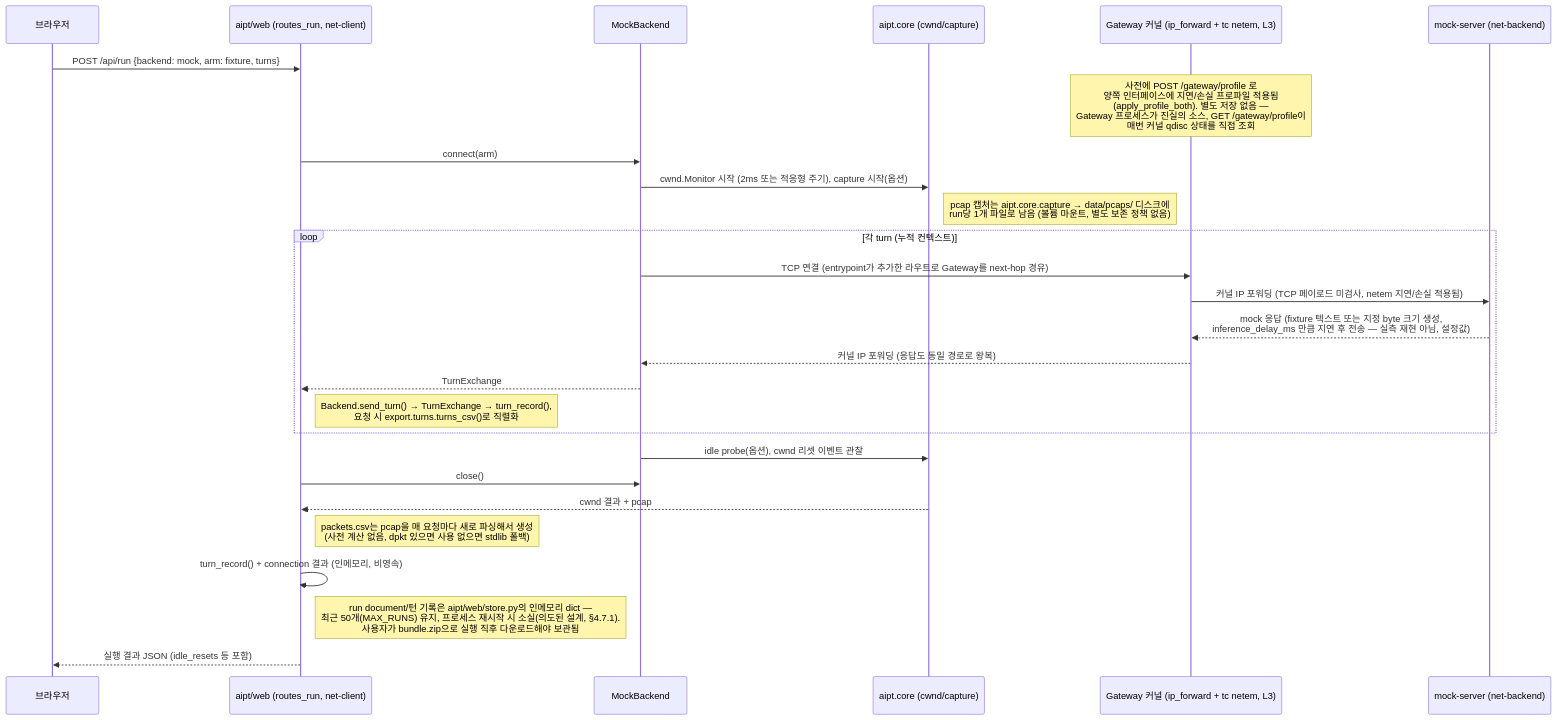
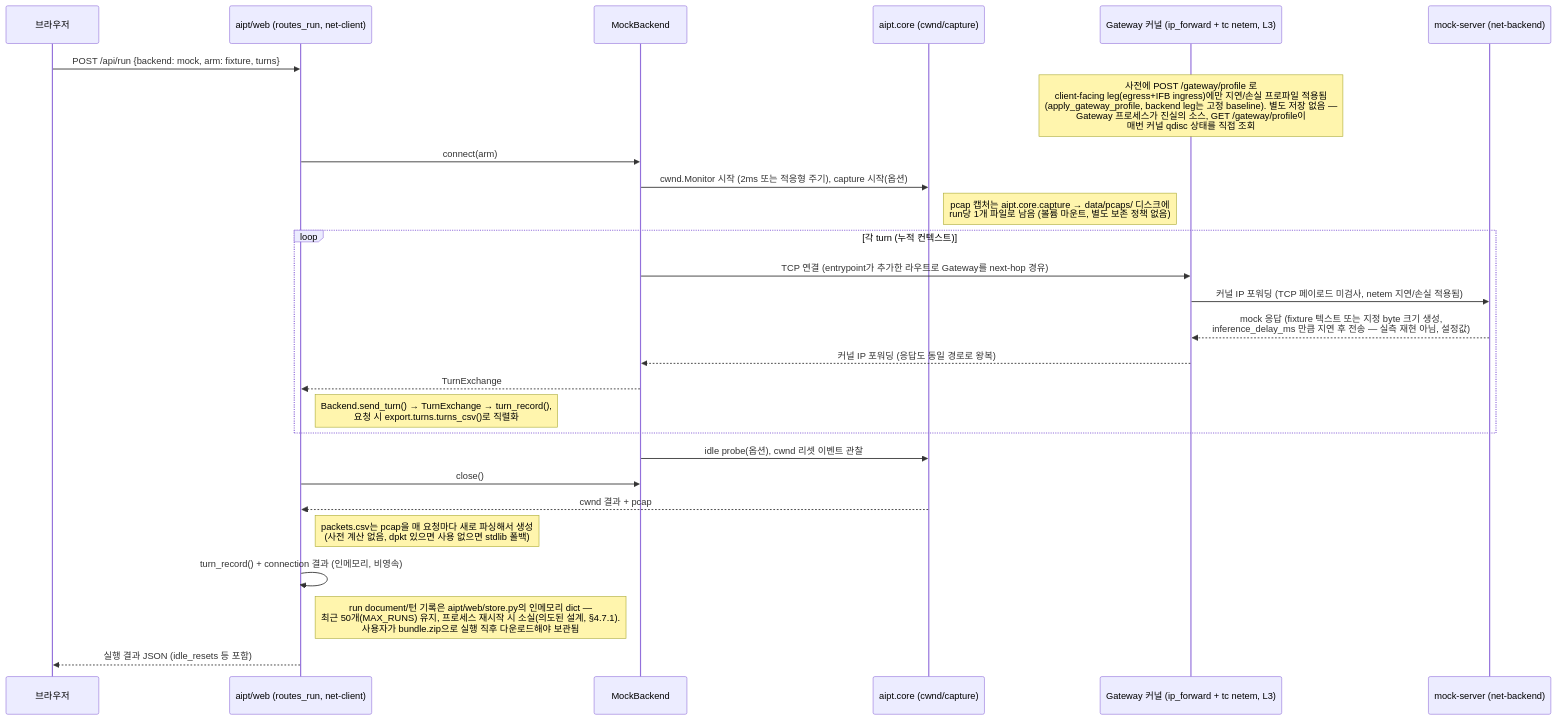
The fourth of 5 diagrams in AIPT/ARCHITECTURE.md (sangrokhan/remote_work), drawn with Mermaid before and after one commit. The commit also changed other lines of this file and 8 other files, not shown here.

````diff
--- a/AIPT/ARCHITECTURE.md
+++ b/AIPT/ARCHITECTURE.md
@@ -348,31 +349,31 @@
 ```mermaid
 %%{init: {'themeVariables': {'fontSize': '18px'}, 'sequence': {'actorFontSize': 16, 'messageFontSize': 16, 'noteFontSize': 15, 'width': 160}}}%%
 sequenceDiagram
     participant U as 브라우저
     participant W as aipt/web (routes_run, net-client)
     participant B as MockBackend
     participant Core as aipt.core (cwnd/capture)
     participant K as Gateway 커널 (ip_forward + tc netem, L3)
     participant M as mock-server (net-backend)
 
     U->>W: POST /api/run {backend: mock, arm: fixture, turns}
-    Note over K: 사전에 POST /gateway/profile 로<br/>양쪽 인터페이스에 지연/손실 프로파일 적용됨<br/>(apply_profile_both). 별도 저장 없음 —<br/>Gateway 프로세스가 진실의 소스, GET /gateway/profile이<br/>매번 커널 qdisc 상태를 직접 조회
+    Note over K: 사전에 POST /gateway/profile 로<br/>client-facing leg(egress+IFB ingress)에만 지연/손실 프로파일 적용됨<br/>(apply_gateway_profile, backend leg는 고정 baseline). 별도 저장 없음 —<br/>Gateway 프로세스가 진실의 소스, GET /gateway/profile이<br/>매번 커널 qdisc 상태를 직접 조회
     W->>B: connect(arm)
     B->>Core: cwnd.Monitor 시작 (2ms 또는 적응형 주기), capture 시작(옵션)
     Note right of Core: pcap 캡처는 aipt.core.capture → data/pcaps/ 디스크에<br/>run당 1개 파일로 남음 (볼륨 마운트, 별도 보존 정책 없음)
     loop 각 turn (누적 컨텍스트)
         B->>K: TCP 연결 (entrypoint가 추가한 라우트로 Gateway를 next-hop 경유)
         K->>M: 커널 IP 포워딩 (TCP 페이로드 미검사, netem 지연/손실 적용됨)
         M-->>K: mock 응답 (fixture 텍스트 또는 지정 byte 크기 생성,<br/>inference_delay_ms 만큼 지연 후 전송 — 실측 재현 아님, 설정값)
         K-->>B: 커널 IP 포워딩 (응답도 동일 경로로 왕복)
         B-->>W: TurnExchange
         Note right of W: Backend.send_turn() → TurnExchange → turn_record(),<br/>요청 시 export.turns.turns_csv()로 직렬화
     end
     B->>Core: idle probe(옵션), cwnd 리셋 이벤트 관찰
     W->>B: close()
     Core-->>W: cwnd 결과 + pcap
     Note right of W: packets.csv는 pcap을 매 요청마다 새로 파싱해서 생성<br/>(사전 계산 없음, dpkt 있으면 사용 없으면 stdlib 폴백)
     W->>W: turn_record() + connection 결과 (인메모리, 비영속)
     Note right of W: run document/턴 기록은 aipt/web/store.py의 인메모리 dict —<br/>최근 50개(MAX_RUNS) 유지, 프로세스 재시작 시 소실(의도된 설계, §4.7.1).<br/>사용자가 bundle.zip으로 실행 직후 다운로드해야 보관됨
     W-->>U: 실행 결과 JSON (idle_resets 등 포함)
 ```
````
